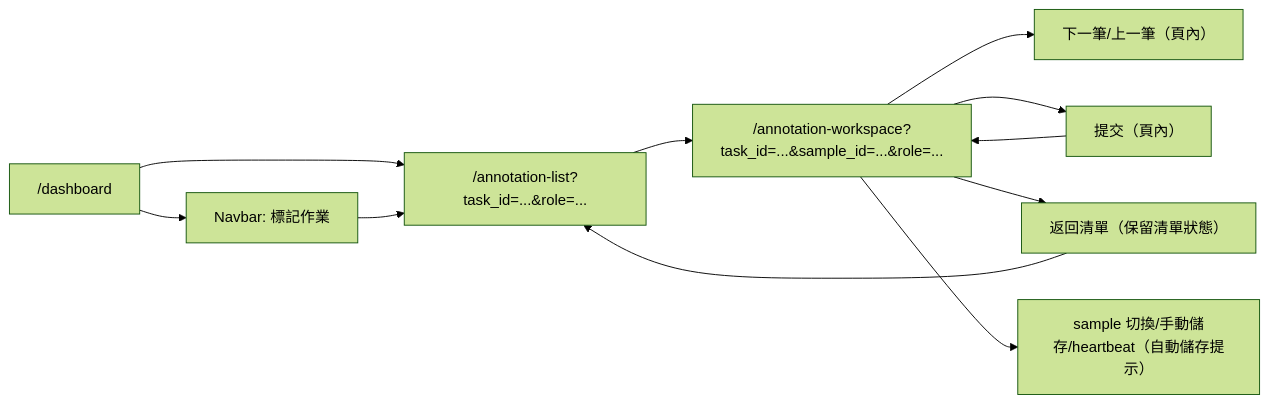
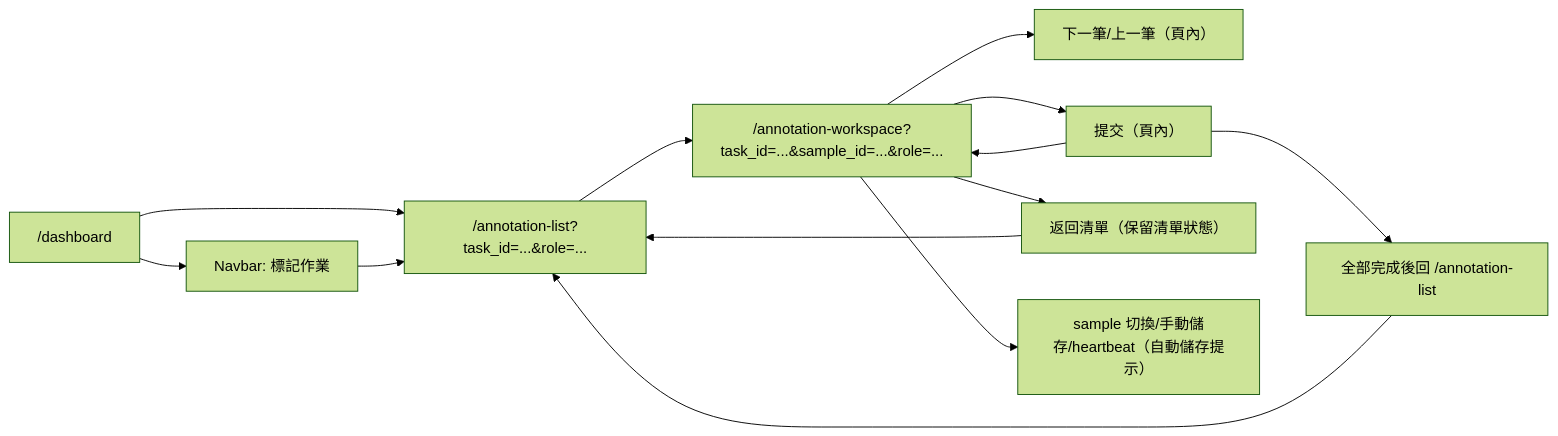
One commit to singyichen/label-suite changed the second of 2 diagrams in specs/annotation/015-annotation-workspace/spec.md. Above: the diagram before and after it, drawn with Mermaid (forest theme). The commit also changed other lines of this file and 3 other files, not shown here.

Commit message:
fix(annotation): redirect final submit to list and sync submitted status

````diff
--- a/specs/annotation/015-annotation-workspace/spec.md
+++ b/specs/annotation/015-annotation-workspace/spec.md
@@ -268,13 +271,15 @@
 ```mermaid
 flowchart LR
     D["/dashboard"] --> AL["/annotation-list?task_id=...&role=..."]
     D --> NAV["Navbar: 標記作業"]
     NAV --> AL
     AL --> AW["/annotation-workspace?task_id=...&sample_id=...&role=..."]
     AW --> NEXT["下一筆/上一筆（頁內）"]
     AW --> SUBMIT["提交（頁內）"]
     SUBMIT --> AW
+    SUBMIT --> ALDONE["全部完成後回 /annotation-list"]
+    ALDONE --> AL
     AW --> BACK["返回清單（保留清單狀態）"]
     BACK --> AL
     AW --> AUTO["sample 切換/手動儲存/heartbeat（自動儲存提示）"]
 ```
````
